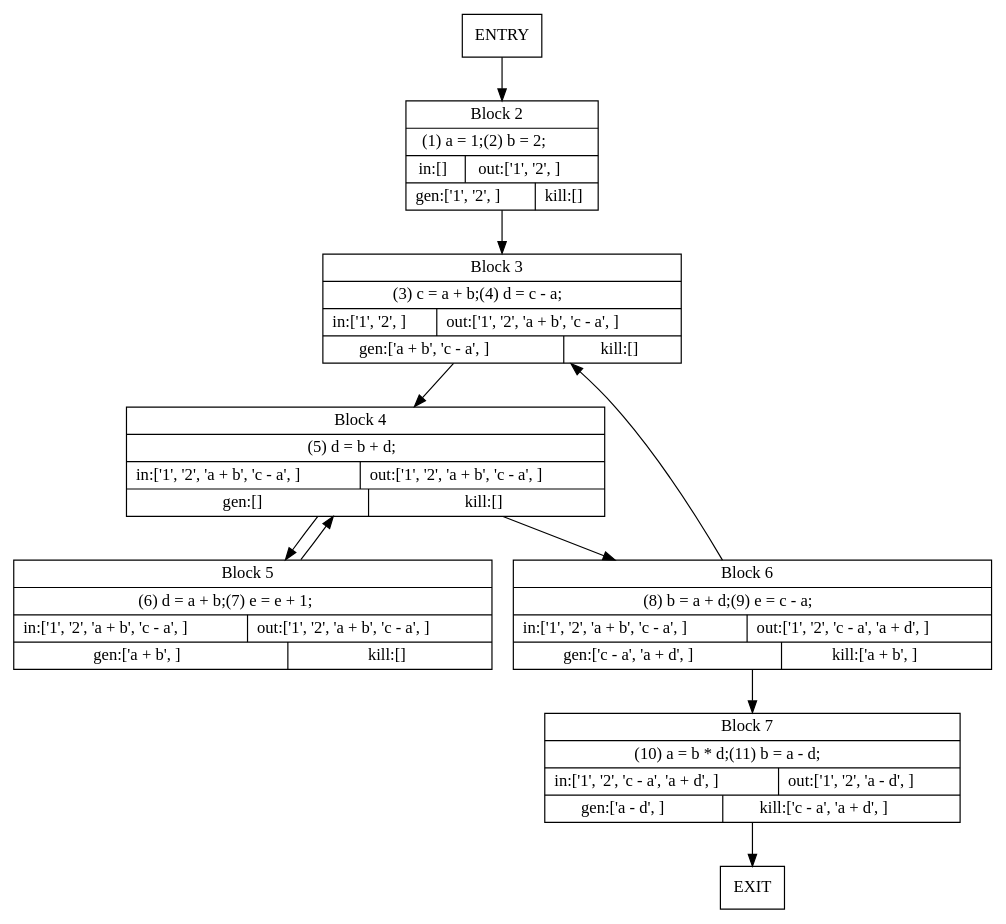
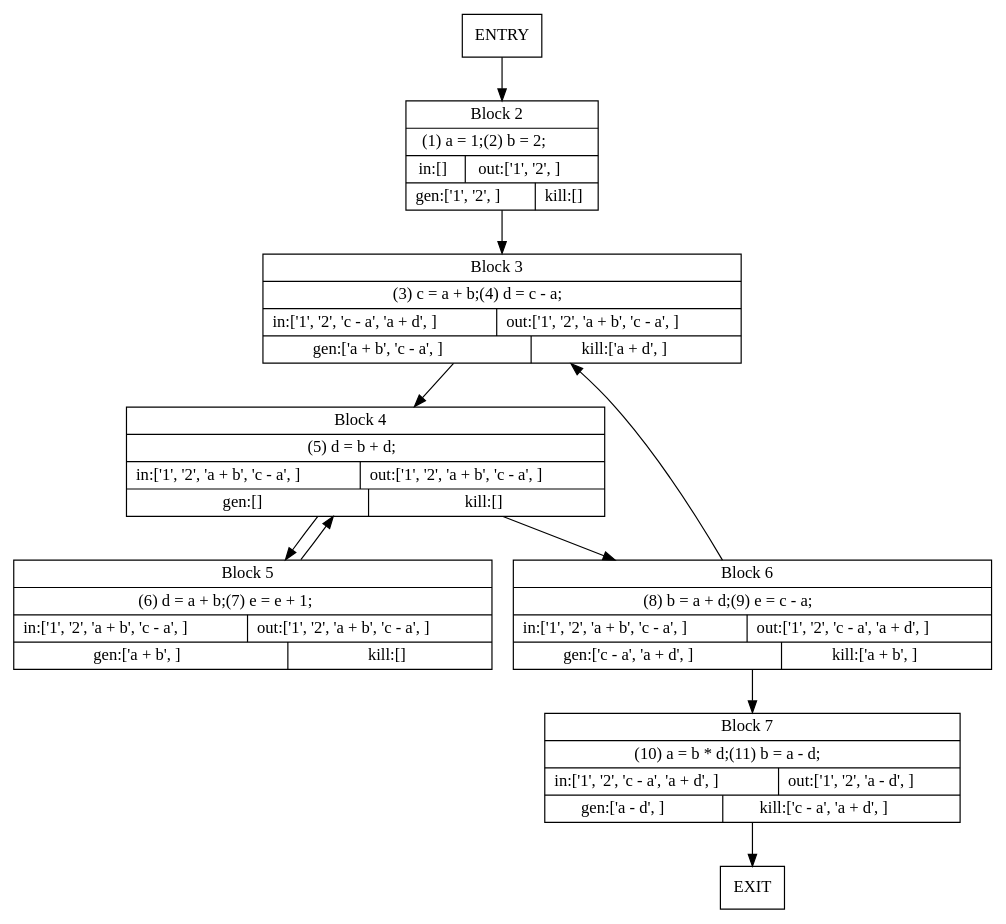
The diagram in ae.dot (0Marble/dataflow_in_zig), drawn with Graphviz before and after one commit. The commit also changed 4 other files, not shown here.

```diff
--- a/ae.dot
+++ b/ae.dot
@@ -1,20 +1,20 @@
 digraph {
 node [shape=record];
 0 [label="ENTRY"];
 1 [label="EXIT"];
 2 [label=<{Block 2|(1) a = 1;(2) b = 2;|{in:[]|out:['1', '2', ]}|{gen:['1', '2', ]|kill:[]}}>];
-3 [label=<{Block 3|(3) c = a + b;(4) d = c - a;|{in:['1', '2', ]|out:['1', '2', 'a + b', 'c - a', ]}|{gen:['a + b', 'c - a', ]|kill:[]}}>];
+3 [label=<{Block 3|(3) c = a + b;(4) d = c - a;|{in:['1', '2', 'c - a', 'a + d', ]|out:['1', '2', 'a + b', 'c - a', ]}|{gen:['a + b', 'c - a', ]|kill:['a + d', ]}}>];
 4 [label=<{Block 4|(5) d = b + d;|{in:['1', '2', 'a + b', 'c - a', ]|out:['1', '2', 'a + b', 'c - a', ]}|{gen:[]|kill:[]}}>];
 5 [label=<{Block 5|(6) d = a + b;(7) e = e + 1;|{in:['1', '2', 'a + b', 'c - a', ]|out:['1', '2', 'a + b', 'c - a', ]}|{gen:['a + b', ]|kill:[]}}>];
 6 [label=<{Block 6|(8) b = a + d;(9) e = c - a;|{in:['1', '2', 'a + b', 'c - a', ]|out:['1', '2', 'c - a', 'a + d', ]}|{gen:['c - a', 'a + d', ]|kill:['a + b', ]}}>];
 7 [label=<{Block 7|(10) a = b * d;(11) b = a - d;|{in:['1', '2', 'c - a', 'a + d', ]|out:['1', '2', 'a - d', ]}|{gen:['a - d', ]|kill:['c - a', 'a + d', ]}}>];
 0 -> 2;
 2 -> 3;
 3 -> 4;
 4 -> 5;
 4 -> 6;
 5 -> 4;
 6 -> 3;
 6 -> 7;
 7 -> 1;
 }
```
